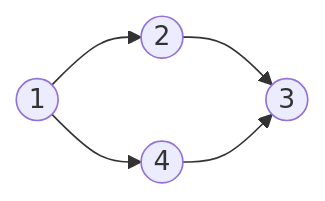
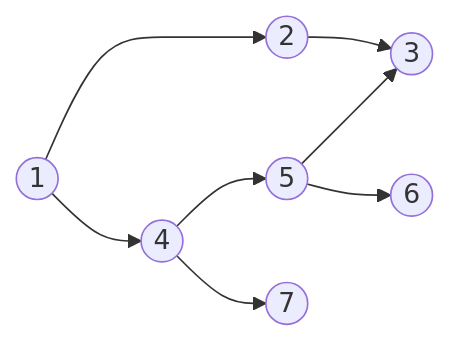
Before and after one commit to billhails/CEKF: the second of 2 diagrams in docs/NAMESPACES.md, drawn with Mermaid. The commit also changed other lines of this file and 3 other files, not shown here.

````diff
--- a/docs/NAMESPACES.md
+++ b/docs/NAMESPACES.md
@@ -437,5 +437,7 @@
 ```mermaid
 flowchart LR
 one((1)) --> two((2)) --> three((3))
-one --> four((4)) --> three
+one --> four((4)) --> five((5)) --> three
+five --> six((6))
+four --> seven((7))
 ```
````
